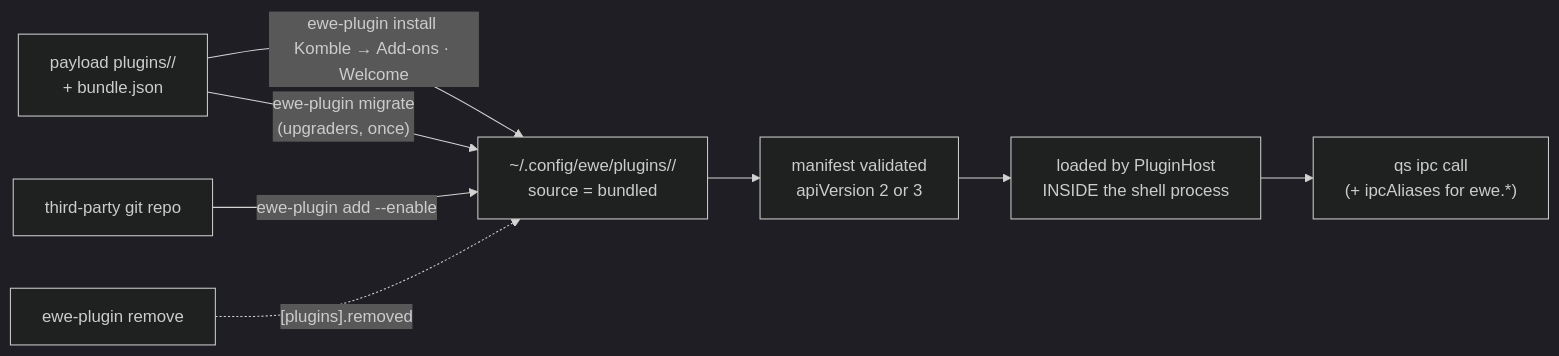
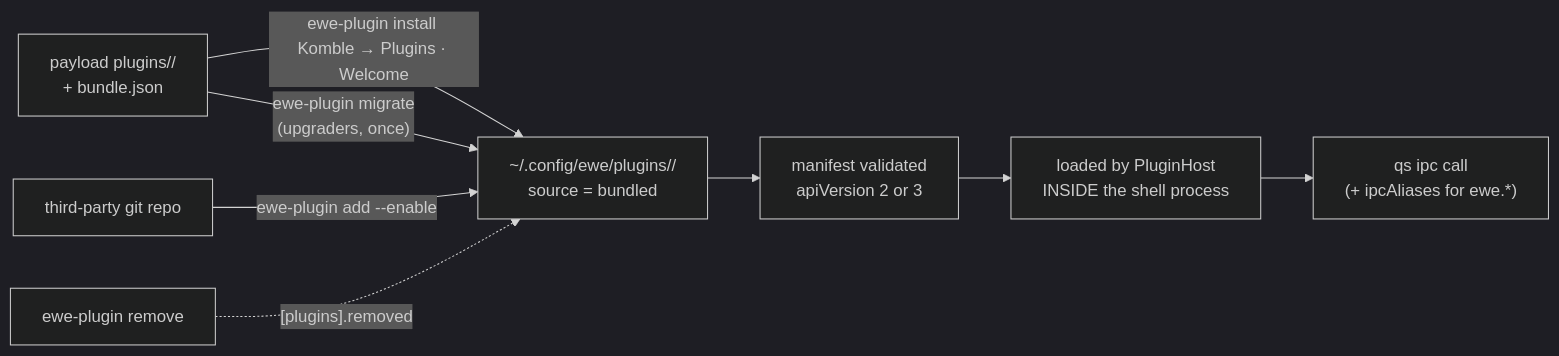
One commit to prj786/ewe-map changed the diagram in 04-Plugins/Plugin System.md. Above: the diagram before and after it, drawn with Mermaid (dark theme). The commit also changed other lines of this file and 61 other files, not shown here.

````diff
--- a/04-Plugins/Plugin System.md
+++ b/04-Plugins/Plugin System.md
@@ -67,10 +75,10 @@
 ```mermaid
 flowchart LR
-    PAY["payload plugins/<id>/<br/>+ bundle.json"] -->|"ewe-plugin install <id><br/>Komble → Add-ons · Welcome"| INST["~/.config/ewe/plugins/<id>/<br/>source = bundled"]
+    PAY["payload plugins/<id>/<br/>+ bundle.json"] -->|"ewe-plugin install <id><br/>Komble → Plugins · Welcome"| INST["~/.config/ewe/plugins/<id>/<br/>source = bundled"]
     PAY -->|"ewe-plugin migrate<br/>(upgraders, once)"| INST
     GIT["third-party git repo"] -->|"ewe-plugin add <url> --enable"| INST
     INST --> VALID["manifest validated<br/>apiVersion 2 or 3"]
     VALID --> RUN["loaded by PluginHost<br/>INSIDE the shell process"]
     RUN --> IPC["qs ipc call <id> <verb><br/>(+ ipcAliases for ewe.*)"]
     RM["ewe-plugin remove"] -.->|"[plugins].removed"| INST
 ```
````
